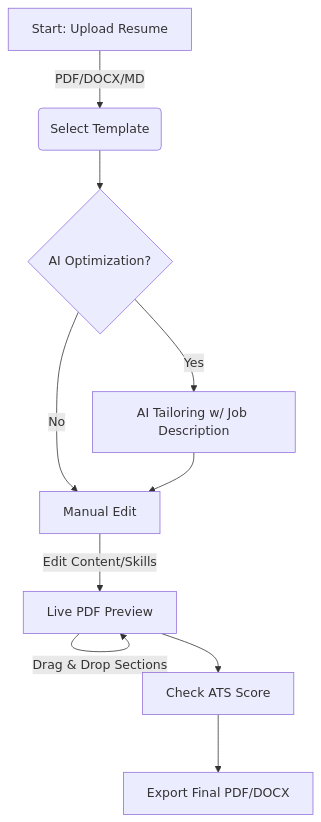
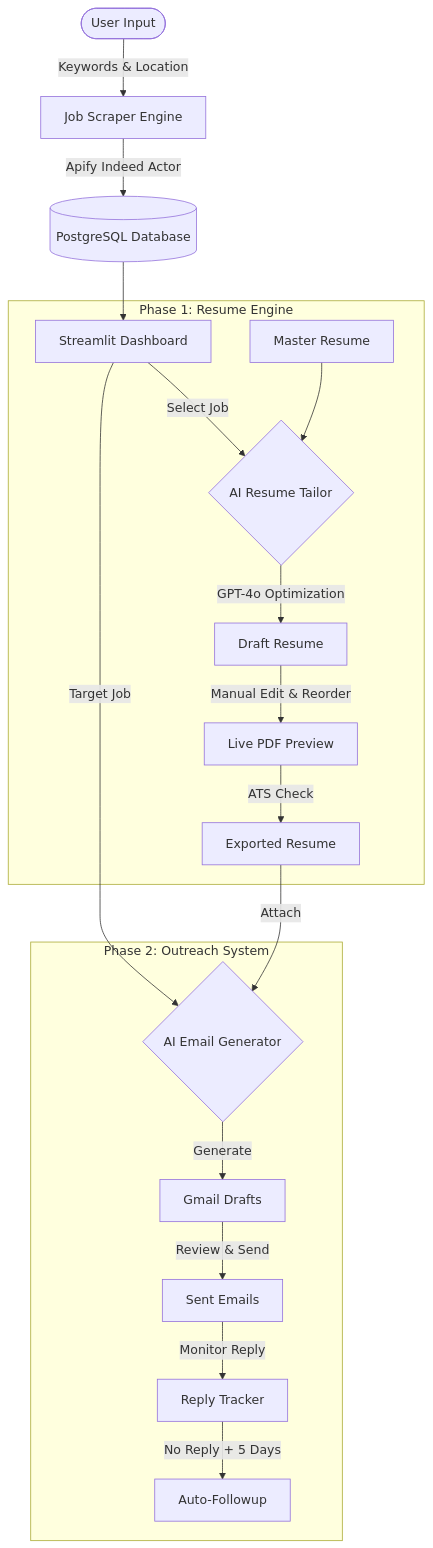
Before and after one commit to umercode123/job-autopilot: the diagram in README.md, drawn with Mermaid.

Commit message:
docs: update README with full system workflow diagram

````diff
--- a/README.md
+++ b/README.md
@@ -64,12 +64,23 @@
 ```mermaid
 graph TD
-    A[Start: Upload Resume] -->|PDF/DOCX/MD| B(Select Template)
-    B --> C{AI Optimization?}
-    C -->|Yes| D[AI Tailoring w/ Job Description]
-    C -->|No| E[Manual Edit]
-    D --> E
-    E -->|Edit Content/Skills| F[Live PDF Preview]
-    F -->|Drag & Drop Sections| F
-    F --> G[Check ATS Score]
-    G --> H[Export Final PDF/DOCX]
+    User([User Input]) -->|Keywords & Location| Scraper[Job Scraper Engine]
+    Scraper -->|Apify Indeed Actor| DB[(PostgreSQL Database)]
+    DB --> UI[Streamlit Dashboard]
+    
+    subgraph "Phase 1: Resume Engine"
+    UI -->|Select Job| AI_Resume{AI Resume Tailor}
+    Master[Master Resume] --> AI_Resume
+    AI_Resume -->|GPT-4o Optimization| Draft[Draft Resume]
+    Draft -->|Manual Edit & Reorder| Preview[Live PDF Preview]
+    Preview -->|ATS Check| FinalPDF[Exported Resume]
+    end
+    
+    subgraph "Phase 2: Outreach System"
+    UI -->|Target Job| AI_mail{AI Email Generator}
+    FinalPDF -->|Attach| AI_mail
+    AI_mail -->|Generate| Drafts[Gmail Drafts]
+    Drafts -->|Review & Send| Sent[Sent Emails]
+    Sent -->|Monitor Reply| Tracker[Reply Tracker]
+    Tracker -->|No Reply + 5 Days| FollowUp[Auto-Followup]
+    end
 ```
````
